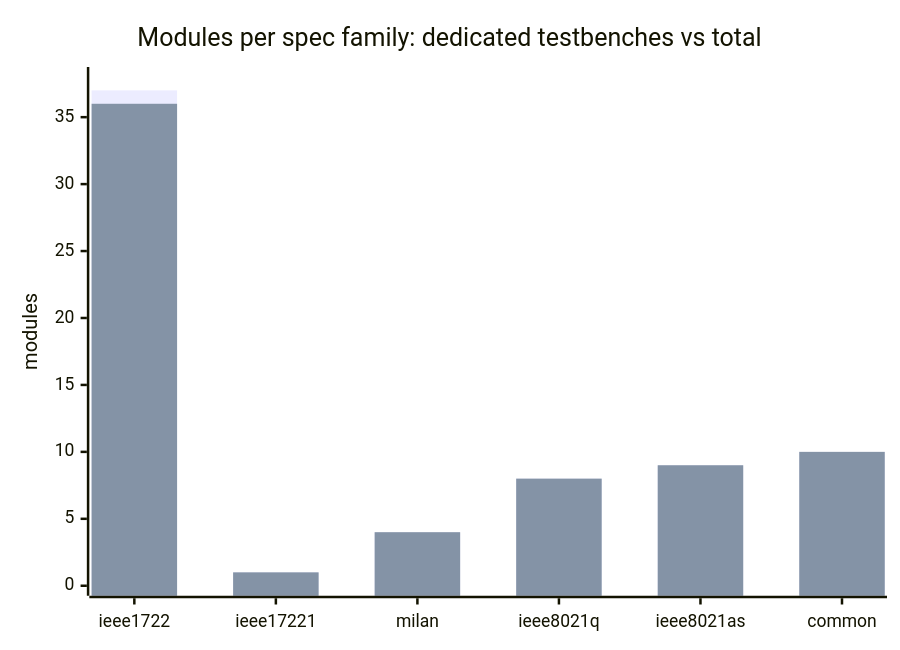
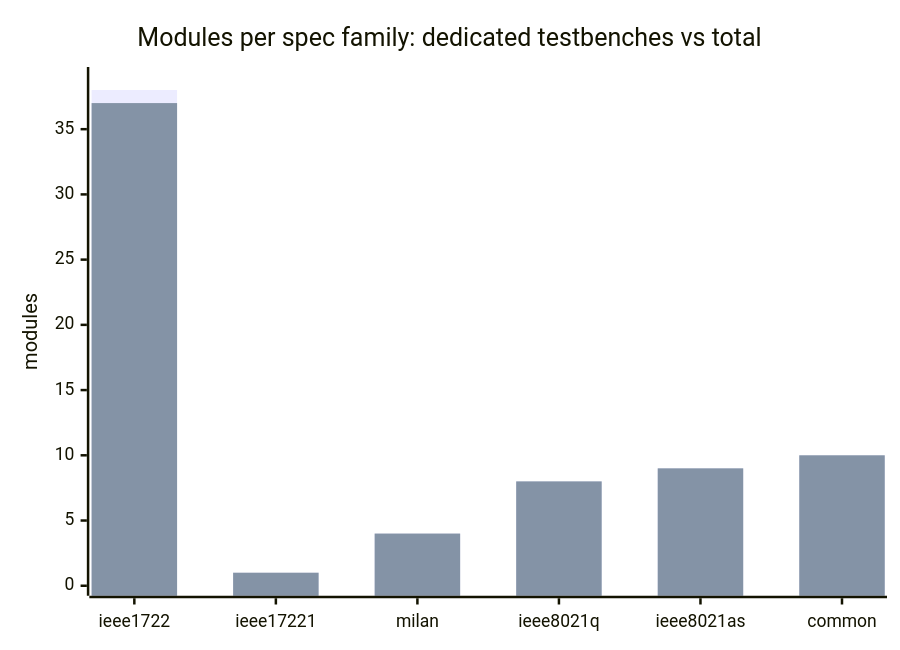
The diagram in docs/traceability/MODULE_MATRIX.md (kebag-logic/milan-fpga), drawn with Mermaid before and after one commit. The commit also changed other lines of this file and 27 other files, not shown here.

````diff
--- a/docs/traceability/MODULE_MATRIX.md
+++ b/docs/traceability/MODULE_MATRIX.md
@@ -30,8 +30,8 @@
 ```mermaid
 xychart-beta
     title "Modules per spec family: dedicated testbenches vs total"
     x-axis ["ieee1722", "ieee17221", "milan", "ieee8021q", "ieee8021as", "common"]
-    y-axis "modules" 0 --> 38
+    y-axis "modules" 0 --> 39
+    bar [38, 1, 4, 8, 9, 10]
     bar [37, 1, 4, 8, 9, 10]
-    bar [36, 1, 4, 8, 9, 10]
 ```
````
